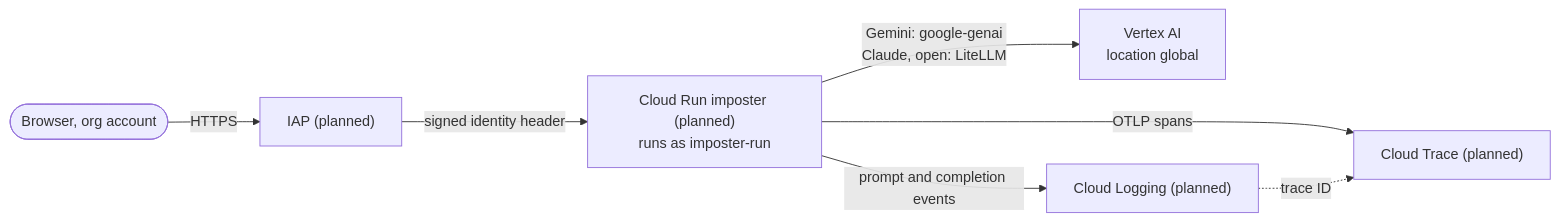
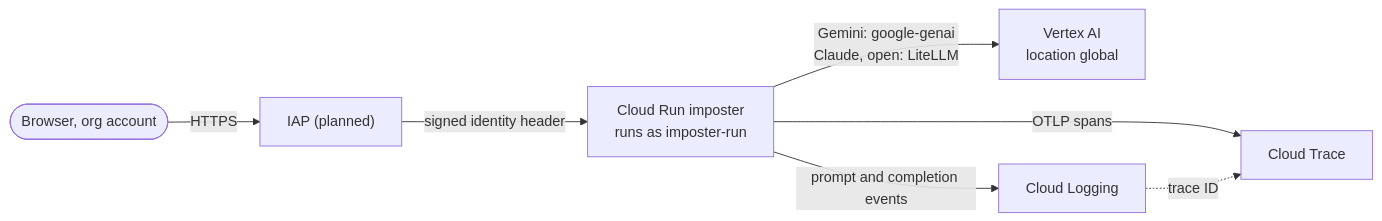
One commit to maxvandenhoven/imposter changed the first of 3 diagrams in docs/infrastructure.md. Above: the diagram before and after it, drawn with Mermaid. The commit also changed other lines of this file and 14 other files, not shown here.

````diff
--- a/docs/infrastructure.md
+++ b/docs/infrastructure.md
@@ -32,9 +38,9 @@
 ```mermaid
 flowchart LR
   user(["Browser, org account"]) -->|HTTPS| iap["IAP (planned)"]
-  iap -->|"signed identity header"| run["Cloud Run imposter (planned)<br/>runs as imposter-run"]
+  iap -->|"signed identity header"| run["Cloud Run imposter<br/>runs as imposter-run"]
   run -->|"Gemini: google-genai<br/>Claude, open: LiteLLM"| vertex["Vertex AI<br/>location global"]
-  run -->|"OTLP spans"| trace["Cloud Trace (planned)"]
-  run -->|"prompt and completion events"| logging["Cloud Logging (planned)"]
+  run -->|"OTLP spans"| trace["Cloud Trace"]
+  run -->|"prompt and completion events"| logging["Cloud Logging"]
   logging -.->|"trace ID"| trace
 ```
````
